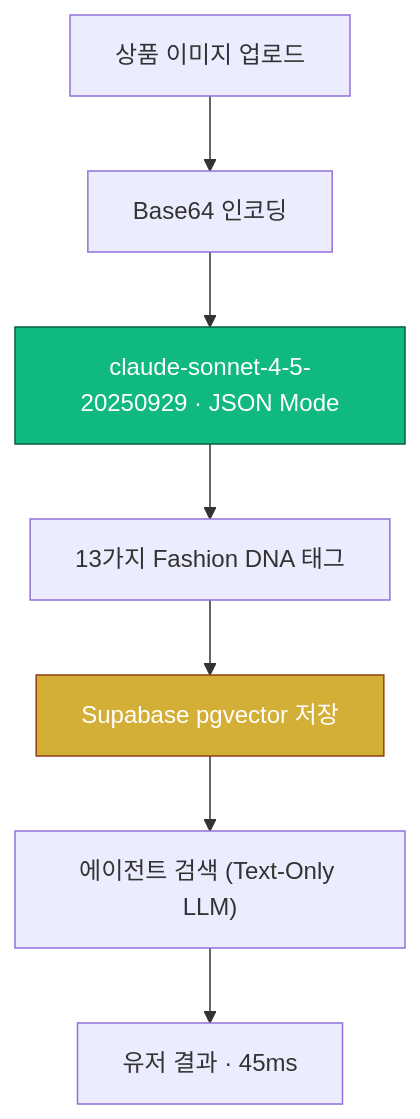
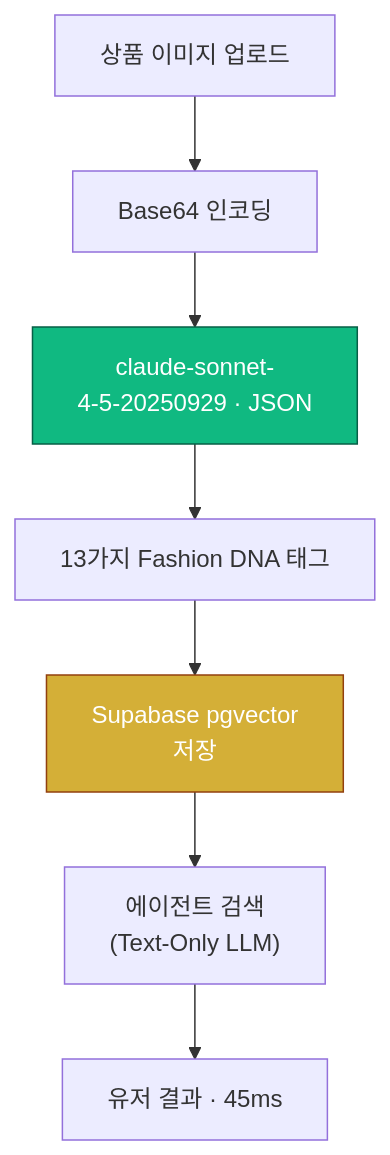
One commit to yunsupj/SmartWorkLab changed the diagram in content/lab/ko/vlm-cost-optimization.mdx. Above: the diagram before and after it, drawn with Mermaid. The commit also changed other lines of this file and 3 other files, not shown here.

````diff
--- a/content/lab/ko/vlm-cost-optimization.mdx
+++ b/content/lab/ko/vlm-cost-optimization.mdx
@@ -64,11 +65,11 @@
 ```mermaid
 graph TD
     A[상품 이미지 업로드] --> B[Base64 인코딩]
-    B --> C["claude-sonnet-4-5-20250929 · JSON Mode"]
+    B --> C["claude-sonnet-<br/>4-5-20250929 · JSON"]
     C --> D[13가지 Fashion DNA 태그]
-    D --> E[Supabase pgvector 저장]
-    E --> F["에이전트 검색 (Text-Only LLM)"]
+    D --> E["Supabase pgvector<br/>저장"]
+    E --> F["에이전트 검색<br/>(Text-Only LLM)"]
     F --> G["유저 결과 · 45ms"]
     style C fill:#10b981,stroke:#065f46,color:#fff
     style E fill:#d4af37,stroke:#92400e,color:#fff
 ```
````
